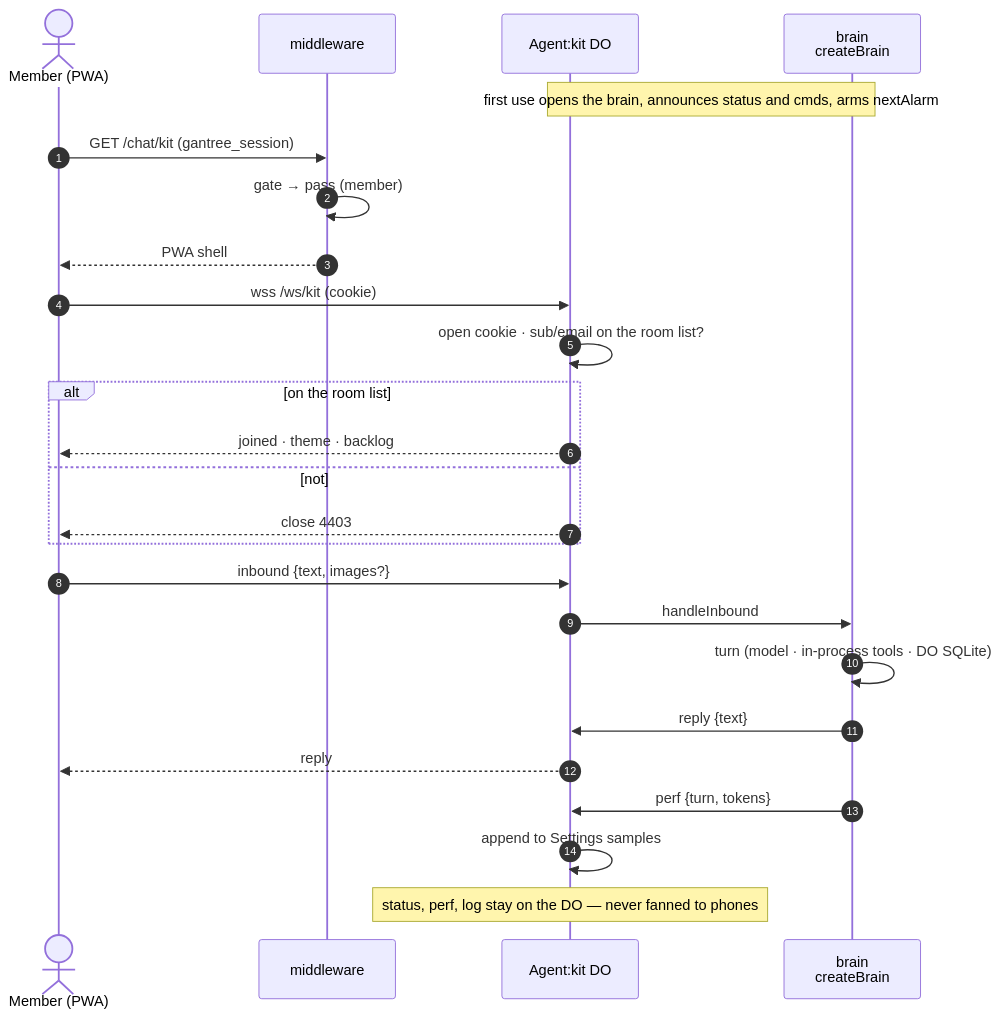
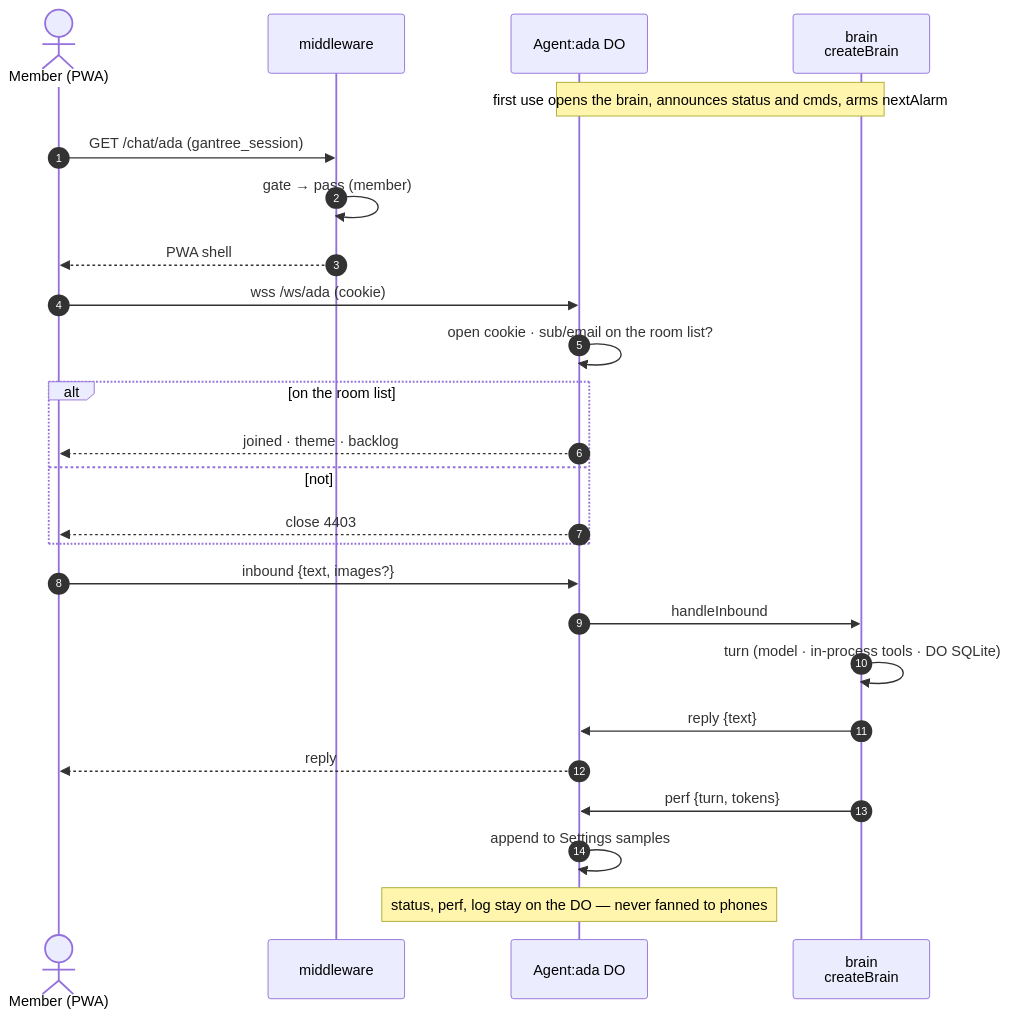
One commit to shotah/gantree2 changed the sixth of 11 diagrams in docs/architecture.md. Above: the diagram before and after it, drawn with Mermaid. The commit also changed other lines of this file and 103 other files, not shown here.

````diff
--- a/docs/architecture.md
+++ b/docs/architecture.md
@@ -260,29 +286,29 @@
 ```mermaid
 sequenceDiagram
   autonumber
   actor M as Member (PWA)
   participant MW as middleware
-  participant A as Agent:kit DO
+  participant A as Agent:ada DO
   participant B as brain<br/>createBrain
 
   Note over A,B: first use opens the brain, announces status and cmds, arms nextAlarm
-  M->>MW: GET /chat/kit (gantree_session)
+  M->>MW: GET /chat/ada (gantree_session)
   MW->>MW: gate → pass (member)
   MW-->>M: PWA shell
-  M->>A: wss /ws/kit (cookie)
+  M->>A: wss /ws/ada (cookie)
   A->>A: open cookie · sub/email on the room list?
   alt on the room list
     A-->>M: joined · theme · backlog
   else not
     A-->>M: close 4403
   end
 
   M->>A: inbound {text, images?}
   A->>B: handleInbound
   B->>B: turn (model · in-process tools · DO SQLite)
   B->>A: reply {text}
   A-->>M: reply
   B->>A: perf {turn, tokens}
   A->>A: append to Settings samples
   Note over A: status, perf, log stay on the DO — never fanned to phones
 ```
````
